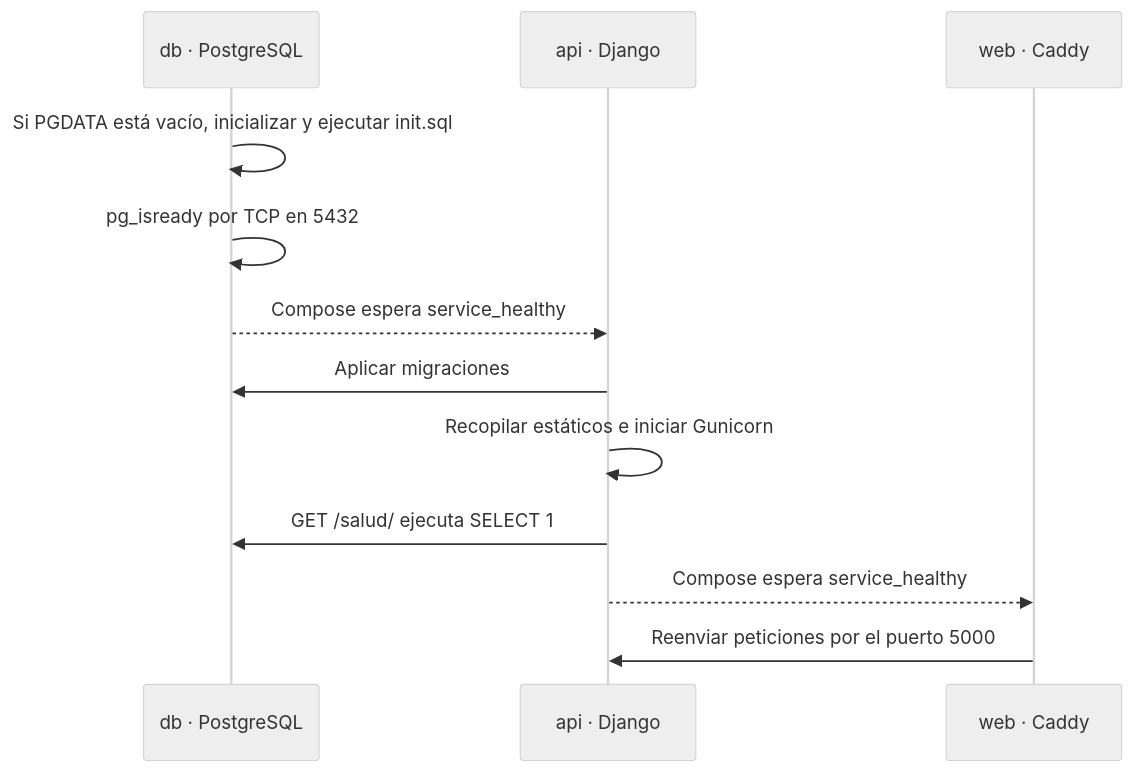
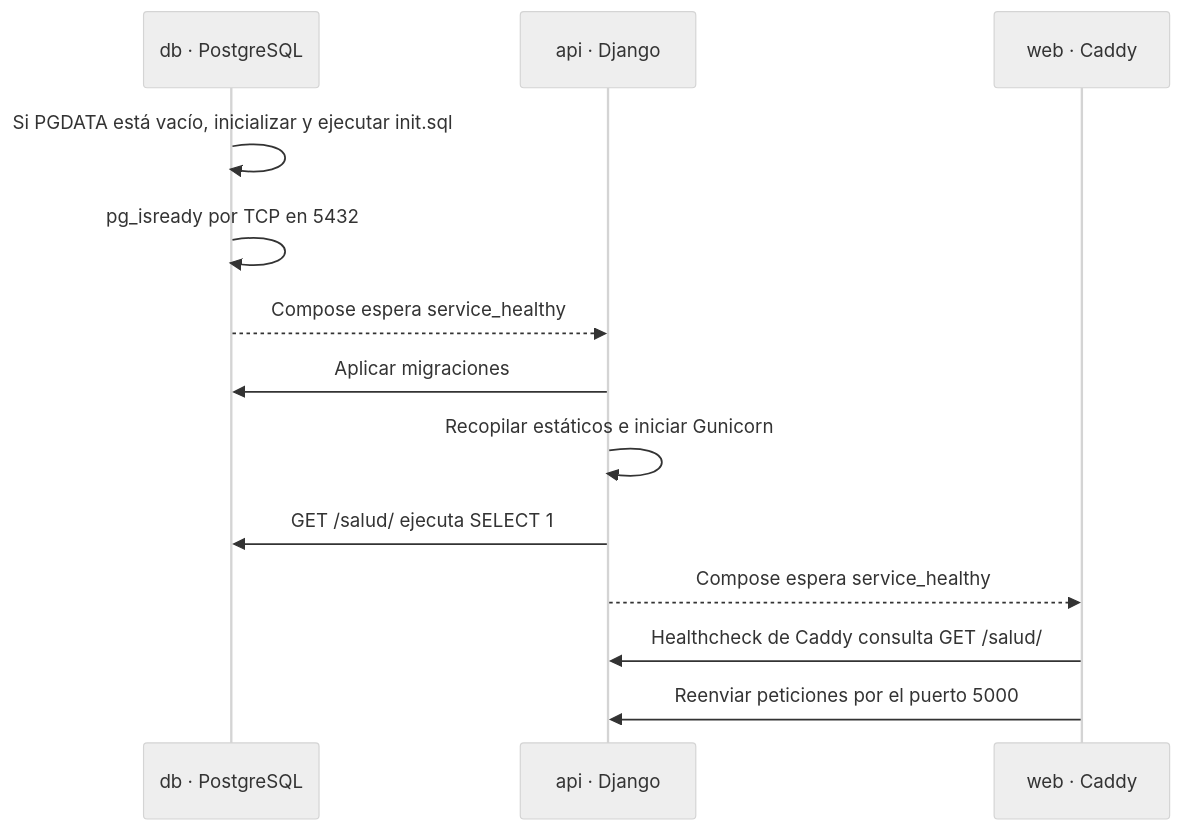
Before and after one commit to meledpeca93/ProyectoFinal_ADC_G3: the second of 2 diagrams in Implementacion_realizadas.md, drawn with Mermaid (neutral theme). The commit also changed other lines of this file and 29 other files, not shown here.

````diff
--- a/Implementacion_realizadas.md
+++ b/Implementacion_realizadas.md
@@ -33,14 +33,15 @@
 ```mermaid
 sequenceDiagram
     participant DB as db · PostgreSQL
     participant API as api · Django
     participant WEB as web · Caddy
     DB->>DB: Si PGDATA está vacío, inicializar y ejecutar init.sql
     DB->>DB: pg_isready por TCP en 5432
     DB-->>API: Compose espera service_healthy
     API->>DB: Aplicar migraciones
     API->>API: Recopilar estáticos e iniciar Gunicorn
     API->>DB: GET /salud/ ejecuta SELECT 1
     API-->>WEB: Compose espera service_healthy
+    WEB->>API: Healthcheck de Caddy consulta GET /salud/
     WEB->>API: Reenviar peticiones por el puerto 5000
 ```
````
